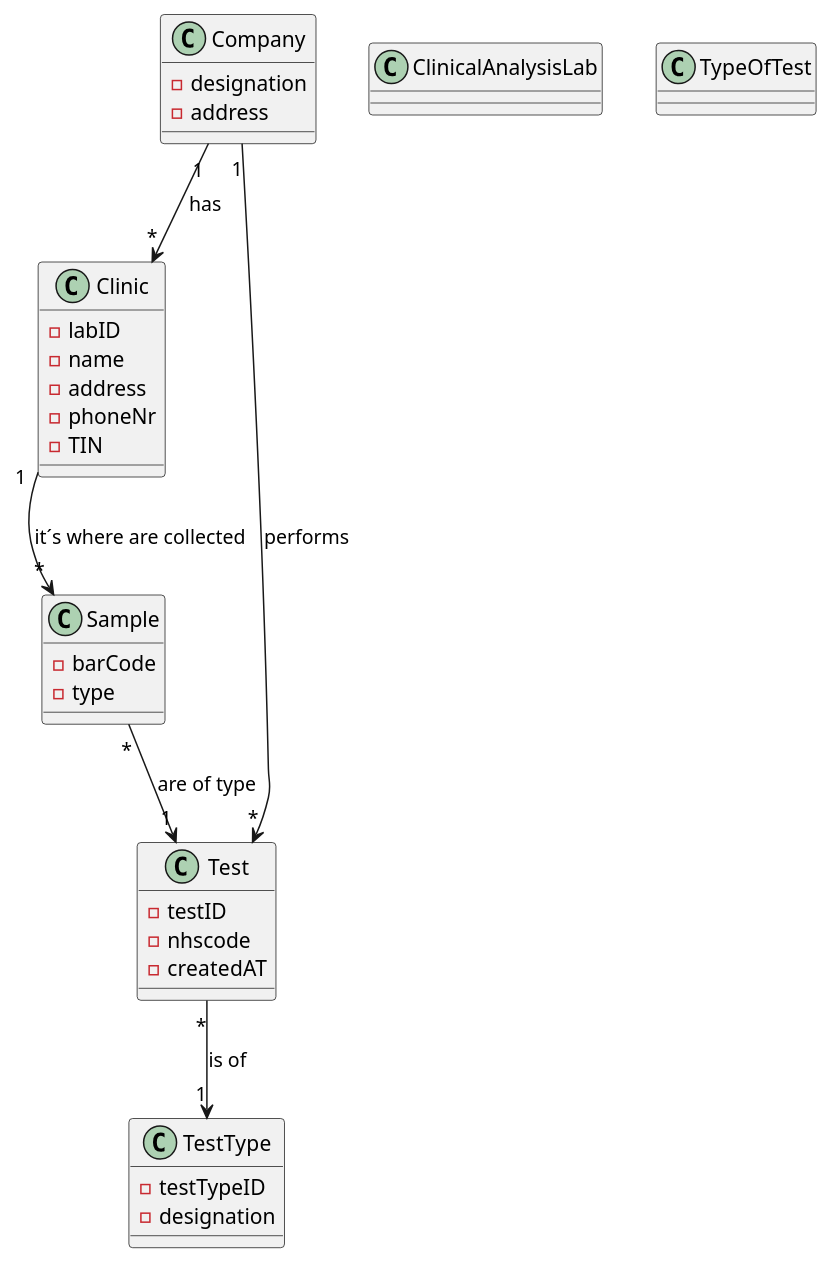
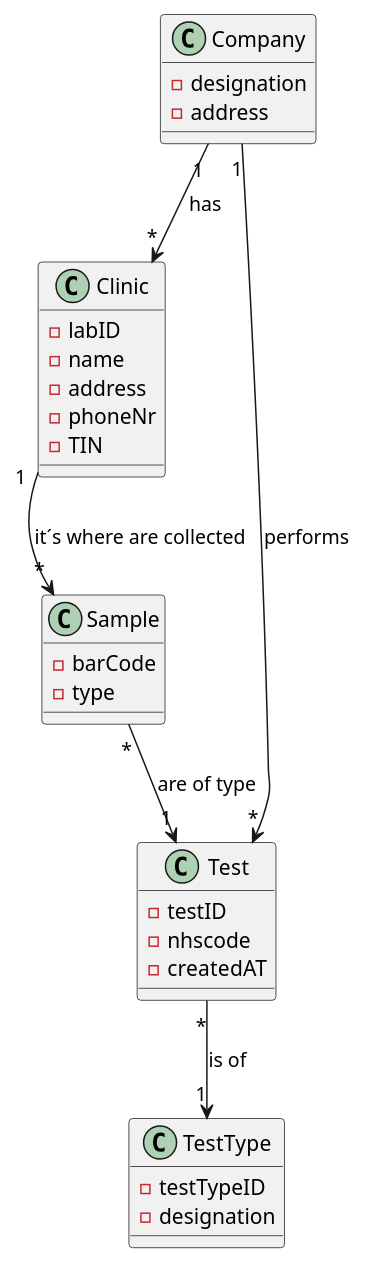
Before and after one commit to jsmarques98/LAPR2-ISEP: the diagram in docs/SprintB/US8/RelevantDM_US8.puml, drawn with PlantUML. The commit also changed 3 other files, not shown here.

```diff
--- a/docs/SprintB/US8/RelevantDM_US8.puml
+++ b/docs/SprintB/US8/RelevantDM_US8.puml
@@ -1,47 +1,39 @@
 @startuml
 'https://plantuml.com/class-diagram
-
-
-class Company
-class ClinicalAnalysisLab
-class TypeOfTest
-
 
 Company "1" --> "*" Clinic : has
 Clinic "1" --> "*" Sample : it´s where are collected
 Company "1" --> "*" Test : performs
 Test "*" --> "1" TestType : is of
 Sample "*" --> "1" Test : are of type
-
-
 
 class Company {
 - designation
 - address
 }
 
 class TestType {
 - testTypeID
 - designation
 }
 
 class Clinic{
 - labID
 - name
 - address
 - phoneNr
 - TIN
 }
 
 class Sample{
 - barCode
 - type
 }
 
 class Test{
 - testID
 - nhscode
 - createdAT
 }
 
 @enduml
```
